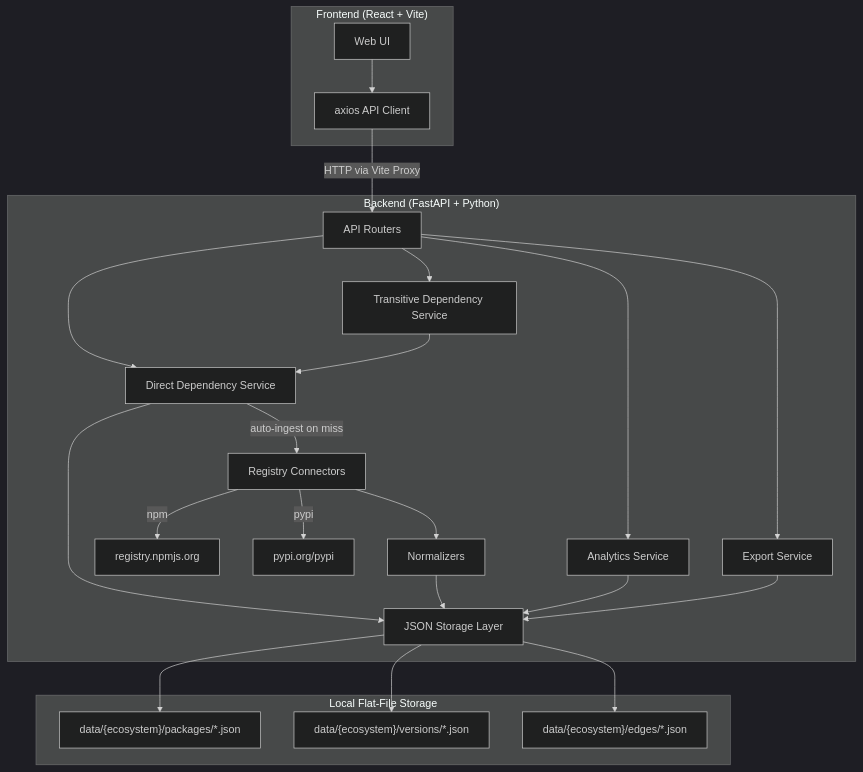
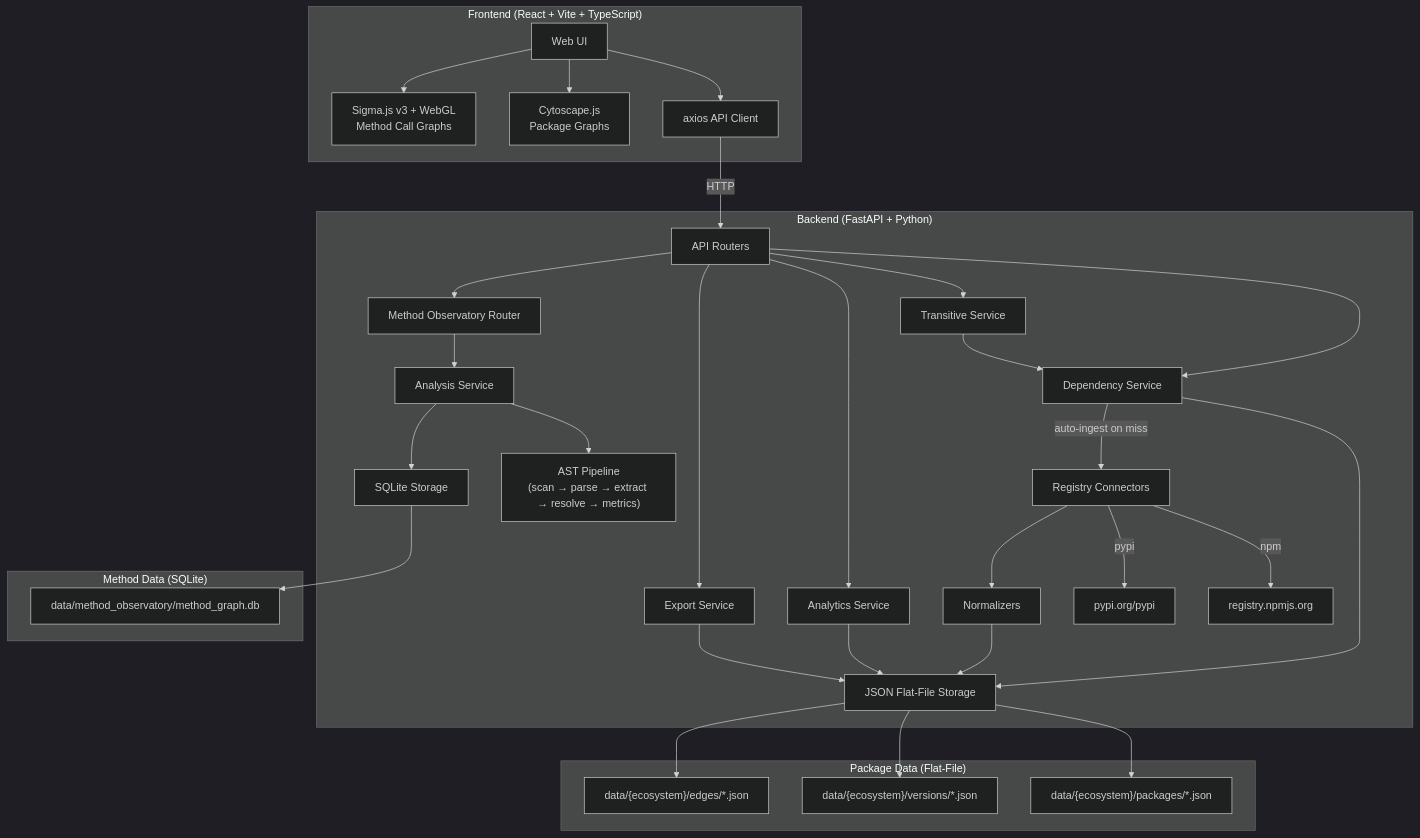
The first of 6 diagrams in docs/technical-reference.md (OblivionCore25/oscar-dependency-observatory), drawn with Mermaid (dark theme) before and after one commit. The commit also changed other lines of this file and 3 other files, not shown here.

Commit message:
feat: Add method-level analysis with dedicated SQLite storage and new frontend views, and update technical documentation to reflect the multi-resolution architecture.

````diff
--- a/docs/technical-reference.md
+++ b/docs/technical-reference.md
@@ -15,27 +18,36 @@
 ```mermaid
 flowchart TB
-    subgraph Frontend ["Frontend (React + Vite)"]
+    subgraph Frontend ["Frontend (React + Vite + TypeScript)"]
         UI[Web UI] --> API_Client[axios API Client]
+        UI --> Cytoscape[Cytoscape.js<br/>Package Graphs]
+        UI --> Sigma[Sigma.js v3 + WebGL<br/>Method Call Graphs]
     end
     subgraph Backend ["Backend (FastAPI + Python)"]
-        API_Client -->|HTTP via Vite Proxy| Router[API Routers]
-        Router --> DS[Direct Dependency Service]
-        Router --> TS[Transitive Dependency Service]
+        API_Client -->|HTTP| Router[API Routers]
+        Router --> DS[Dependency Service]
+        Router --> TS[Transitive Service]
         Router --> AS[Analytics Service]
         Router --> ES[Export Service]
-        DS --> Storage[JSON Storage Layer]
+        Router --> MO[Method Observatory Router]
+        DS --> FStorage[JSON Flat-File Storage]
         TS --> DS
-        AS --> Storage
-        ES --> Storage
+        AS --> FStorage
+        ES --> FStorage
         DS -->|auto-ingest on miss| Connectors[Registry Connectors]
         Connectors -->|npm| NPM_API[registry.npmjs.org]
         Connectors -->|pypi| PYPI_API[pypi.org/pypi]
         Connectors --> Normalizers[Normalizers]
-        Normalizers --> Storage
+        Normalizers --> FStorage
+        MO --> AnalysisSvc[Analysis Service]
+        AnalysisSvc --> Pipeline["AST Pipeline<br/>(scan → parse → extract → resolve → metrics)"]
+        AnalysisSvc --> SQLite[SQLite Storage]
     end
-    subgraph Data ["Local Flat-File Storage"]
-        Storage --> Pkgs["data/{ecosystem}/packages/*.json"]
-        Storage --> Vers["data/{ecosystem}/versions/*.json"]
-        Storage --> Edges["data/{ecosystem}/edges/*.json"]
+    subgraph PkgData ["Package Data (Flat-File)"]
+        FStorage --> Pkgs["data/{ecosystem}/packages/*.json"]
+        FStorage --> Vers["data/{ecosystem}/versions/*.json"]
+        FStorage --> Edges["data/{ecosystem}/edges/*.json"]
+    end
+    subgraph MethodData ["Method Data (SQLite)"]
+        SQLite --> DB["data/method_observatory/method_graph.db"]
     end
 ```
````
